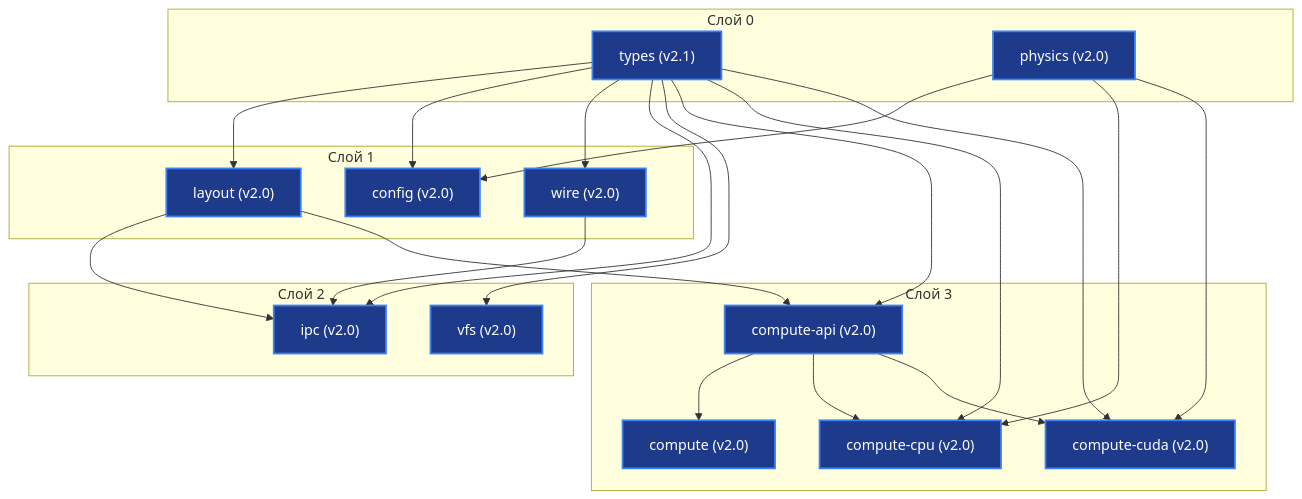
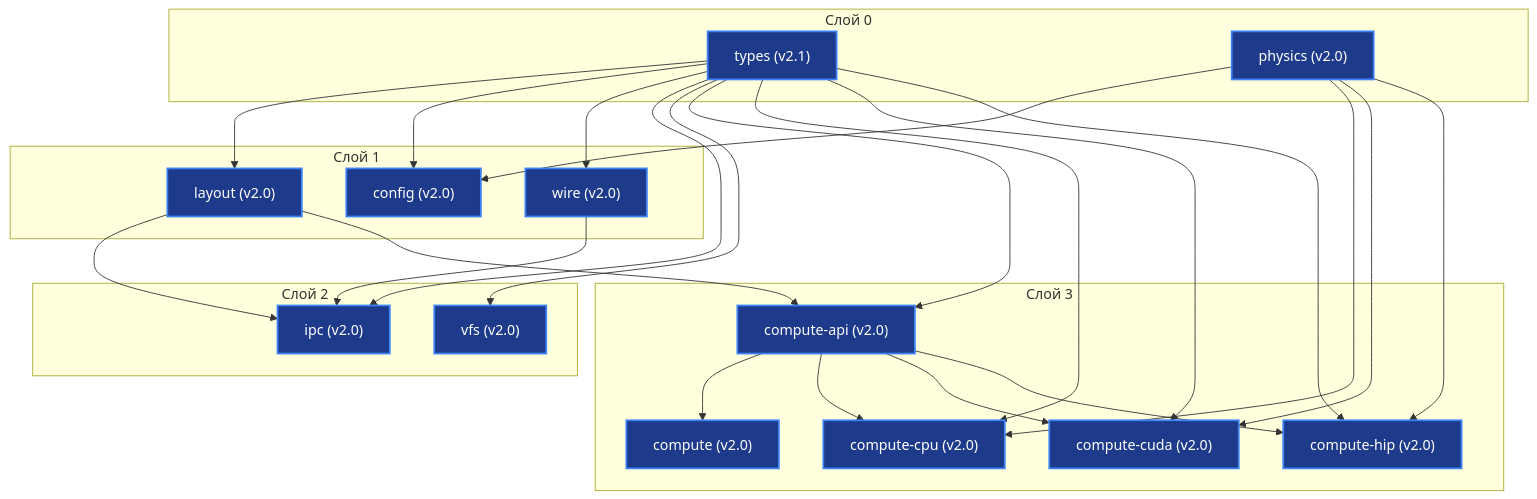
One commit to H4V1K-dev/axicor_enterprise changed the diagram in docs/engine/INDEX.md. Above: the diagram before and after it, drawn with Mermaid. The commit also changed other lines of this file and 1 other file, not shown here.

Commit message:
docs: add engine index and L3 HIP compute specification documents

````diff
--- a/docs/engine/INDEX.md
+++ b/docs/engine/INDEX.md
@@ -9,43 +9,47 @@
 ```mermaid
 graph TD
     subgraph L0["Слой 0"]
         types["types (v2.1)"]
         physics["physics (v2.0)"]
     end
     subgraph L1["Слой 1"]
         layout["layout (v2.0)"]
         config["config (v2.0)"]
         wire["wire (v2.0)"]
     end
     subgraph L2["Слой 2"]
         ipc["ipc (v2.0)"]
         vfs["vfs (v2.0)"]
     end
     subgraph L3["Слой 3"]
         compute_api["compute-api (v2.0)"]
         compute["compute (v2.0)"]
         compute_cpu["compute-cpu (v2.0)"]
         compute_cuda["compute-cuda (v2.0)"]
+        compute_hip["compute-hip (v2.0)"]
     end
 
     types --> layout
     types --> config
     types --> wire
     types --> ipc
     types --> vfs
     types --> compute_api
     types --> compute_cpu
     types --> compute_cuda
+    types --> compute_hip
     physics --> config
     physics --> compute_cpu
     physics --> compute_cuda
+    physics --> compute_hip
     layout --> ipc
     wire --> ipc
     layout --> compute_api
     compute_api --> compute
     compute_api --> compute_cpu
     compute_api --> compute_cuda
+    compute_api --> compute_hip
 
     classDef active fill:#1e3a8a,stroke:#3b82f6,stroke-width:2px,color:#fff;
-    class types,physics,layout,config,wire,ipc,vfs,compute_api,compute,compute_cpu,compute_cuda active;
+    class types,physics,layout,config,wire,ipc,vfs,compute_api,compute,compute_cpu,compute_cuda,compute_hip active;
 ```
````
